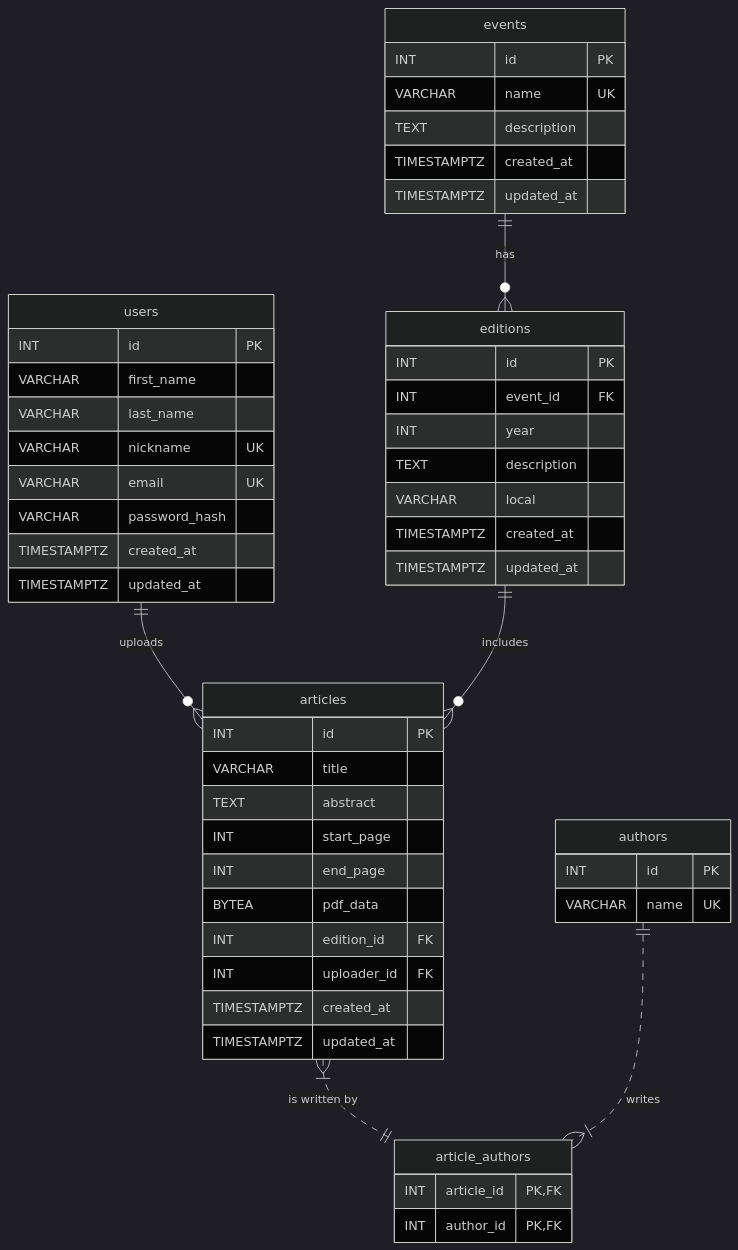
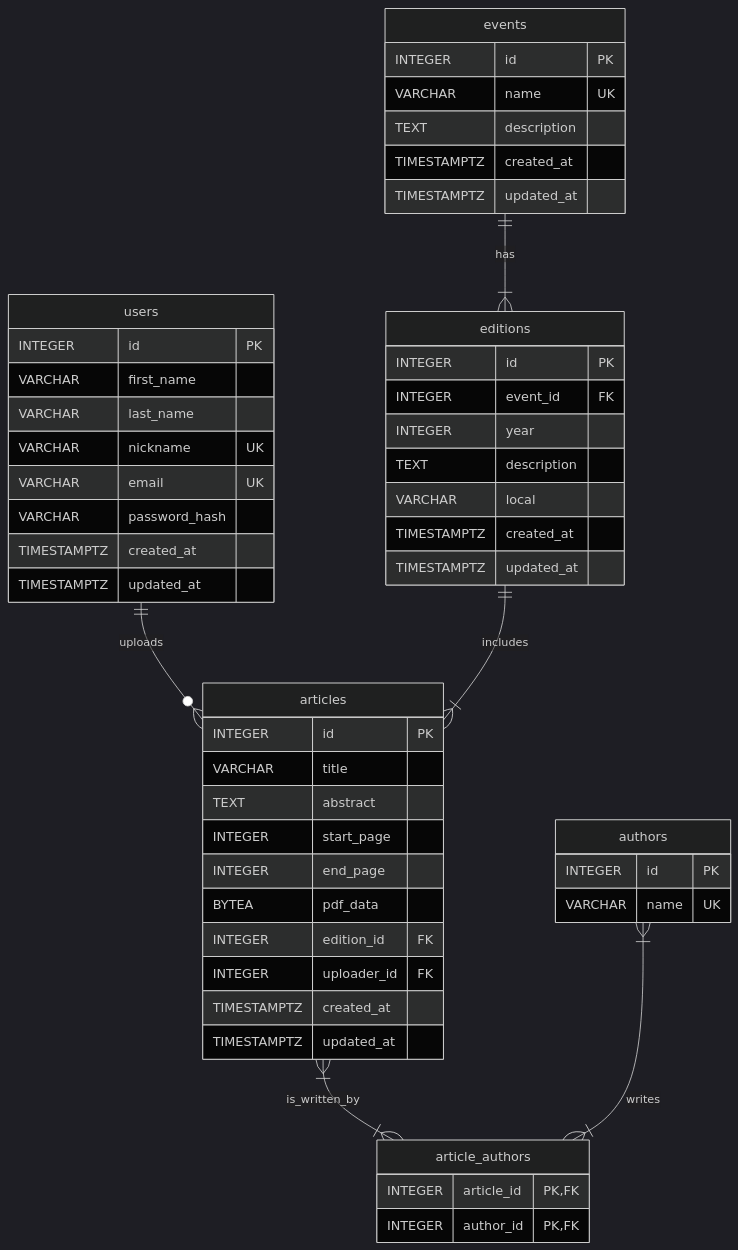
The first of 3 diagrams in README.md (Gustav0Luiz/TP-1-Eng-Software), drawn with Mermaid (dark theme) before and after one commit.

Commit message:
FIX: esquema bancod e dados

````diff
--- a/README.md
+++ b/README.md
@@ -42,60 +42,60 @@
 ```mermaid
 erDiagram
     users {
-        INT id PK
+        INTEGER id PK
         VARCHAR first_name
         VARCHAR last_name
         VARCHAR nickname UK
         VARCHAR email UK
         VARCHAR password_hash
         TIMESTAMPTZ created_at
         TIMESTAMPTZ updated_at
     }
 
     events {
-        INT id PK
+        INTEGER id PK
         VARCHAR name UK
         TEXT description
         TIMESTAMPTZ created_at
         TIMESTAMPTZ updated_at
     }
 
     editions {
-        INT id PK
-        INT event_id FK
-        INT year
+        INTEGER id PK
+        INTEGER event_id FK
+        INTEGER year
         TEXT description
         VARCHAR local
         TIMESTAMPTZ created_at
         TIMESTAMPTZ updated_at
     }
 
     articles {
-        INT id PK
+        INTEGER id PK
         VARCHAR title
         TEXT abstract
-        INT start_page
-        INT end_page
+        INTEGER start_page
+        INTEGER end_page
         BYTEA pdf_data
-        INT edition_id FK
-        INT uploader_id FK
+        INTEGER edition_id FK
+        INTEGER uploader_id FK
         TIMESTAMPTZ created_at
         TIMESTAMPTZ updated_at
     }
 
     authors {
-        INT id PK
+        INTEGER id PK
         VARCHAR name UK
     }
 
     article_authors {
-        INT article_id PK, FK
-        INT author_id PK, FK
+        INTEGER article_id PK, FK
+        INTEGER author_id PK, FK
     }
 
     users ||--o{ articles : "uploads"
-    events ||--o{ editions : "has"
-    editions ||--o{ articles : "includes"
-    articles }|..|| article_authors : "is written by"
-    authors ||..|{ article_authors : "writes"
+    events ||--|{ editions : "has"
+    editions ||--|{ articles : "includes"
+    articles }|--|{ article_authors : "is_written_by"
+    authors }|--|{ article_authors : "writes"
 ```
````
